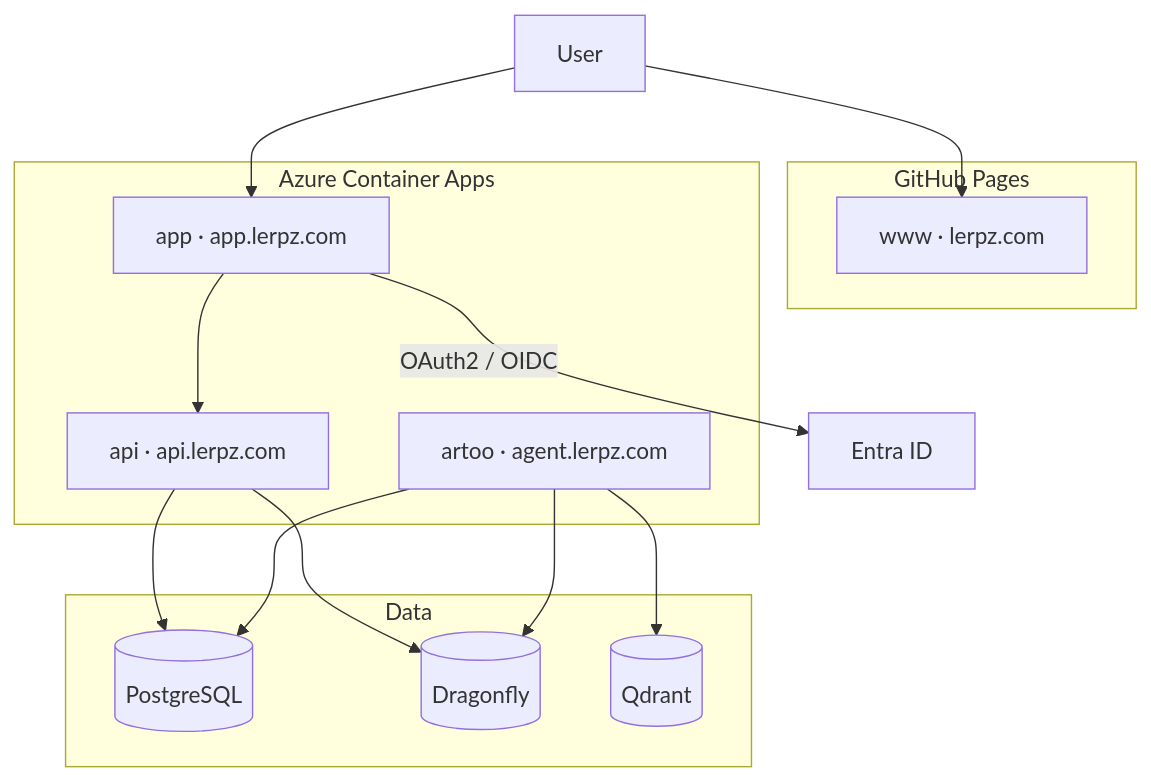
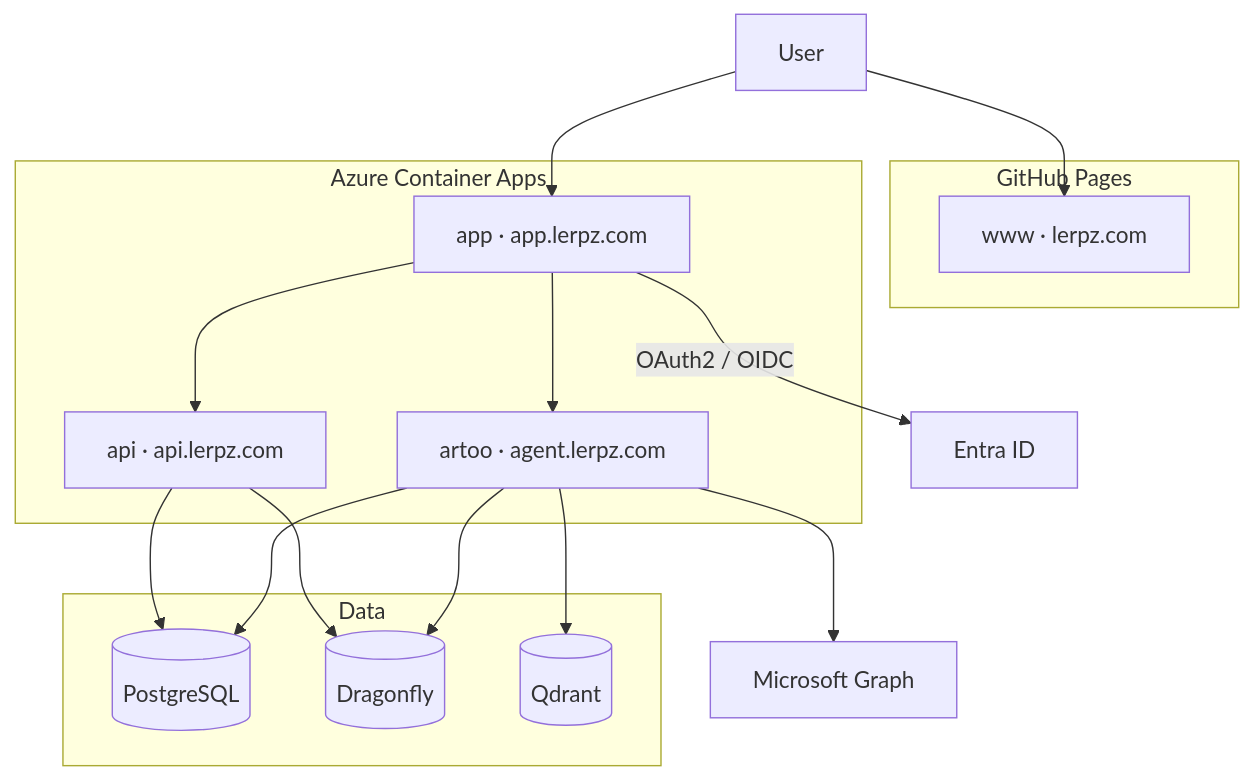
One commit to Kanerix/lerpz-com changed the first of 2 diagrams in docs/INFRA.md. Above: the diagram before and after it, drawn with Mermaid. The commit also changed other lines of this file and 1 other file, not shown here.

Commit message:
docs: describe artoo as the product ui chat agent

````diff
--- a/docs/INFRA.md
+++ b/docs/INFRA.md
@@ -23,32 +23,35 @@
 ```mermaid
 graph TD
     User
 
     subgraph pages[GitHub Pages]
         www[www · lerpz.com]
     end
 
     subgraph aca[Azure Container Apps]
         app[app · app.lerpz.com]
         api[api · api.lerpz.com]
         artoo[artoo · agent.lerpz.com]
     end
 
     subgraph data[Data]
         Postgres[(PostgreSQL)]
         Dragonfly[(Dragonfly)]
         Qdrant[(Qdrant)]
     end
 
     EntraID[Entra ID]
+    Graph[Microsoft Graph]
 
     User --> www
     User --> app
     app --> api
+    app --> artoo
     app -->|OAuth2 / OIDC| EntraID
     api --> Postgres
     api --> Dragonfly
     artoo --> Postgres
     artoo --> Dragonfly
     artoo --> Qdrant
+    artoo --> Graph
 ```
````
